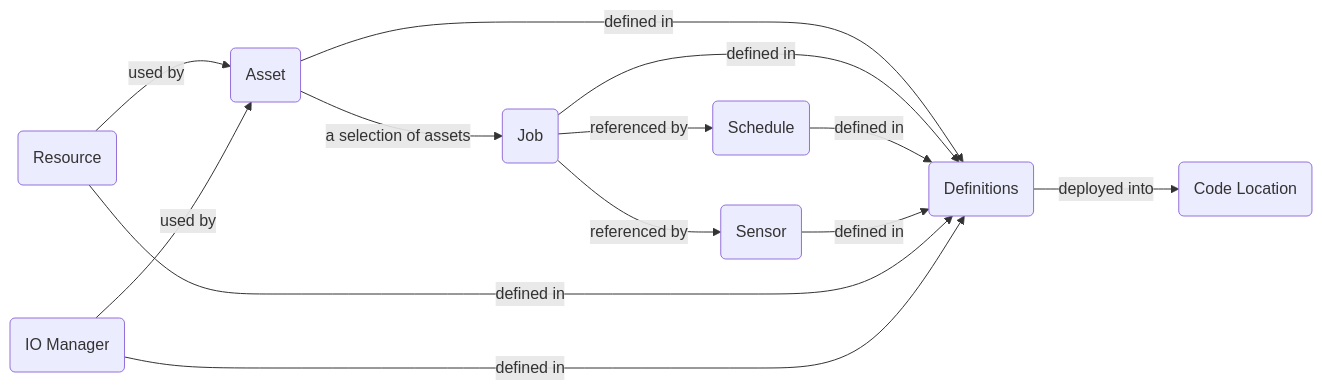
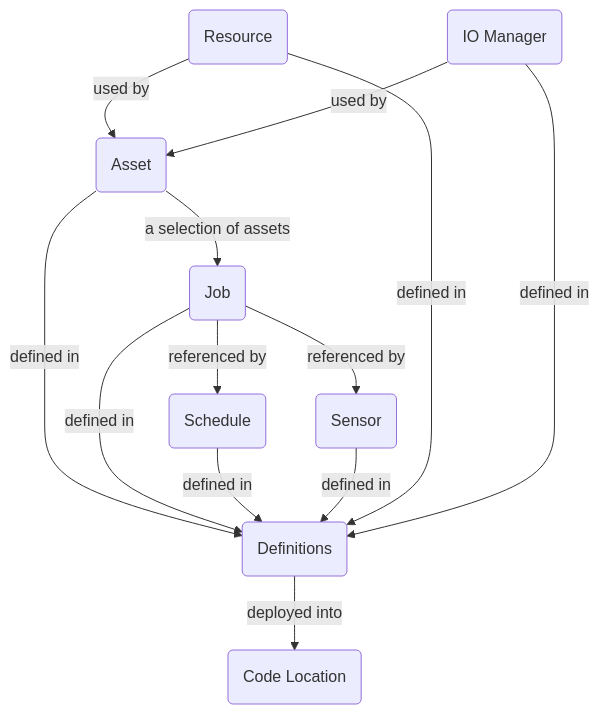
One commit to shuhua-wang/tutorial.dagster changed the diagram in README.md. Above: the diagram before and after it, drawn with Mermaid. The commit also changed other lines of this file, not shown here.

Commit message:
change the flow chart to TD

````diff
--- a/README.md
+++ b/README.md
@@ -20,15 +22,15 @@
 ```mermaid
-flowchart LR
+flowchart TD
 id1(Asset) -- a selection of assets --> id2(Job)
 id1 -- defined in --> id3(Definitions)
 id2 -- defined in --> id3(Definitions)
 id2 -- referenced by --> id4(Schedule)
 id4 -- defined in --> id3(Definitions)
 id2 -- referenced by --> id5(Sensor)
 id5 -- defined in --> id3(Definitions)
 id6(Resource) -- used by --> id1
 id6 -- defined in --> id3(Definitions)
 id3 -- deployed into --> id7(Code Location)
 id8(IO Manager) -- used by --> id1
 id8 -- defined in --> id3(Definitions)
 ```
````
